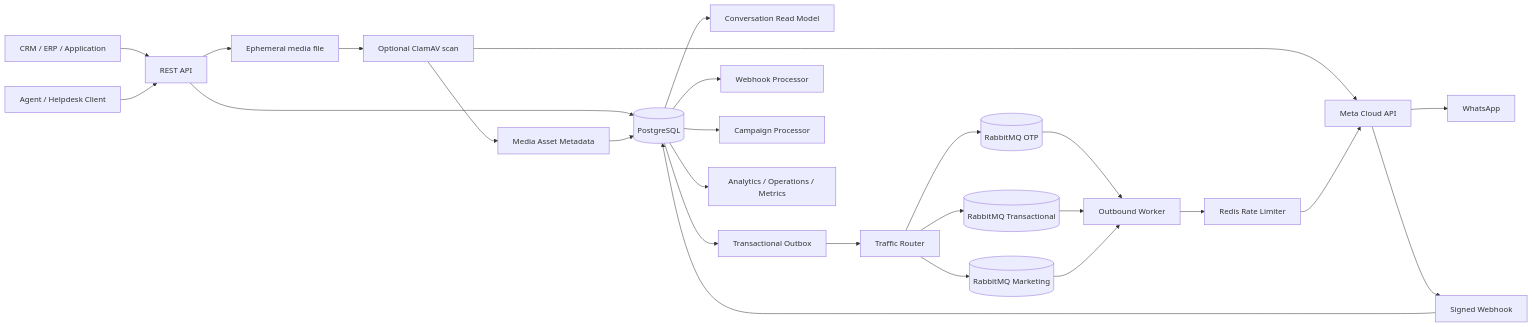
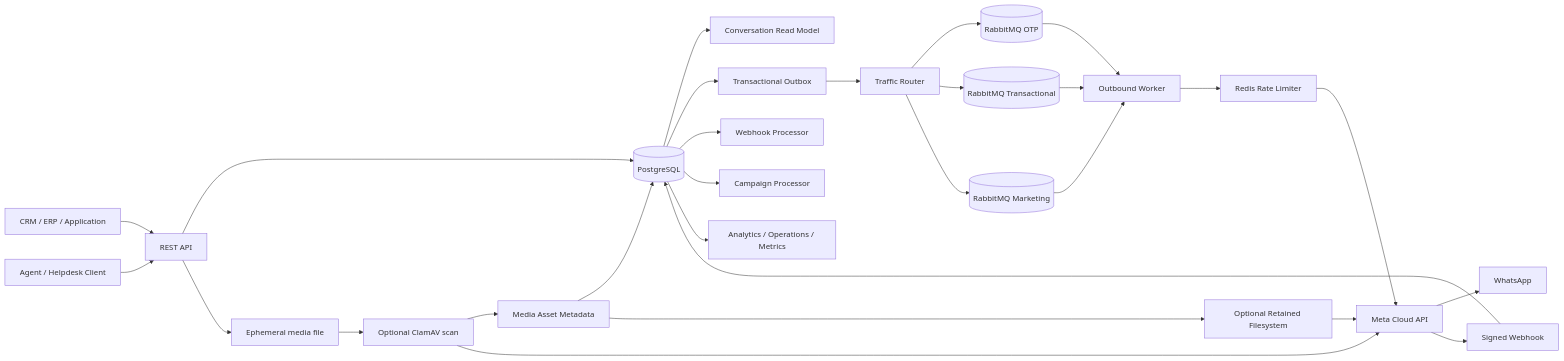
The diagram in README.md (netctc/apiWhatsApp), drawn with Mermaid before and after one commit. The commit also changed other lines of this file, not shown here.

Commit message:
docs: expose optional retained media filesystem

````diff
--- a/README.md
+++ b/README.md
@@ -42,28 +42,30 @@
 ```mermaid
 flowchart LR
     Client[CRM / ERP / Application] --> API[REST API]
     Agent[Agent / Helpdesk Client] --> API
     API --> DB[(PostgreSQL)]
     API --> Temp[Ephemeral media file]
     Temp --> Scan[Optional ClamAV scan]
-    Scan --> Meta[Meta Cloud API]
     Scan --> MediaRegistry[Media Asset Metadata]
     MediaRegistry --> DB
+    MediaRegistry --> Store[Optional Retained Filesystem]
+    Store --> Meta[Meta Cloud API]
+    Scan --> Meta
     DB --> Inbox[Conversation Read Model]
     DB --> Outbox[Transactional Outbox]
     Outbox --> Router[Traffic Router]
     Router --> OTP[(RabbitMQ OTP)]
     Router --> TX[(RabbitMQ Transactional)]
     Router --> MKT[(RabbitMQ Marketing)]
     OTP --> Worker[Outbound Worker]
     TX --> Worker
     MKT --> Worker
     Worker --> Rate[Redis Rate Limiter]
     Rate --> Meta
     Meta --> WhatsApp[WhatsApp]
     Meta --> Webhook[Signed Webhook]
     Webhook --> DB
     DB --> WebhookProcessor[Webhook Processor]
     DB --> CampaignProcessor[Campaign Processor]
     DB --> Analytics[Analytics / Operations / Metrics]
 ```
````
